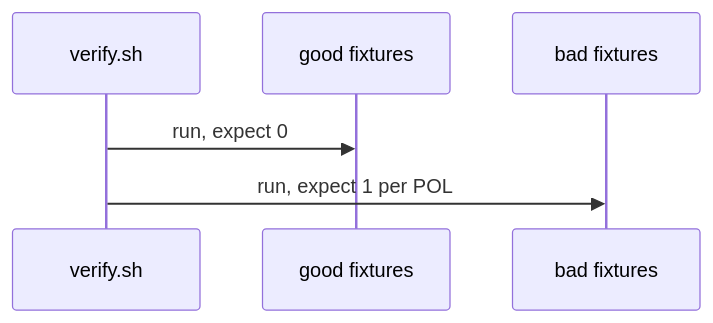
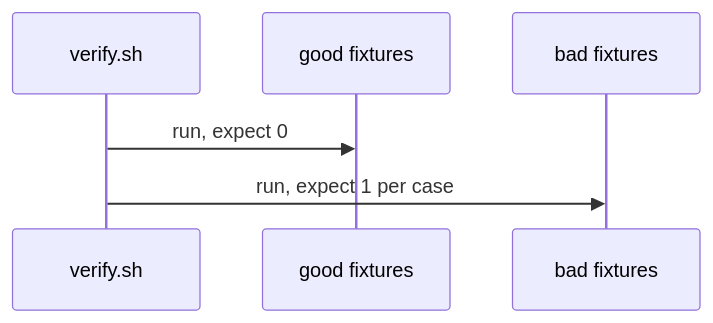
The first of 2 diagrams in docs/pbi/done/X03-gate-fixtures.md (svennijhuis/agentic-workflows), drawn with Mermaid before and after one commit. The commit also changed other lines of this file and 986 other files, not shown here.

````diff
--- a/docs/pbi/done/X03-gate-fixtures.md
+++ b/docs/pbi/done/X03-gate-fixtures.md
@@ -29,8 +28,8 @@
 ```mermaid
 sequenceDiagram
   participant V as verify.sh
   participant G as good fixtures
   participant B as bad fixtures
   V->>G: run, expect 0
-  V->>B: run, expect 1 per POL
+  V->>B: run, expect 1 per case
 ```
````
